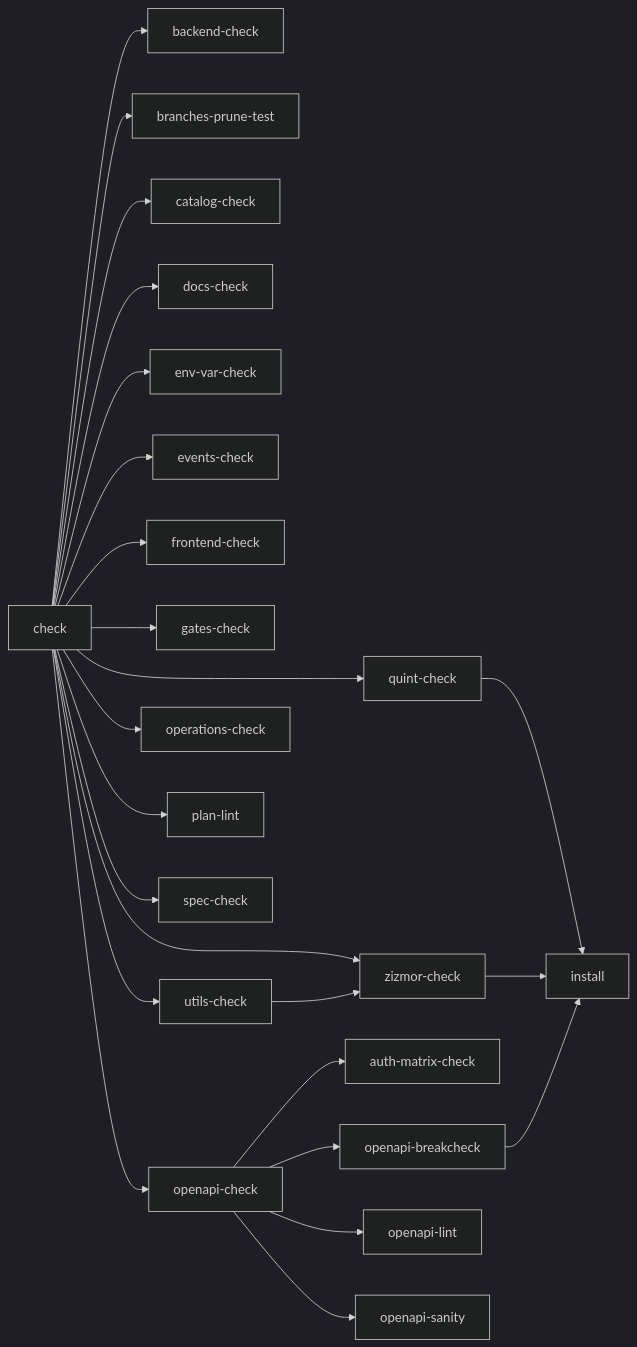
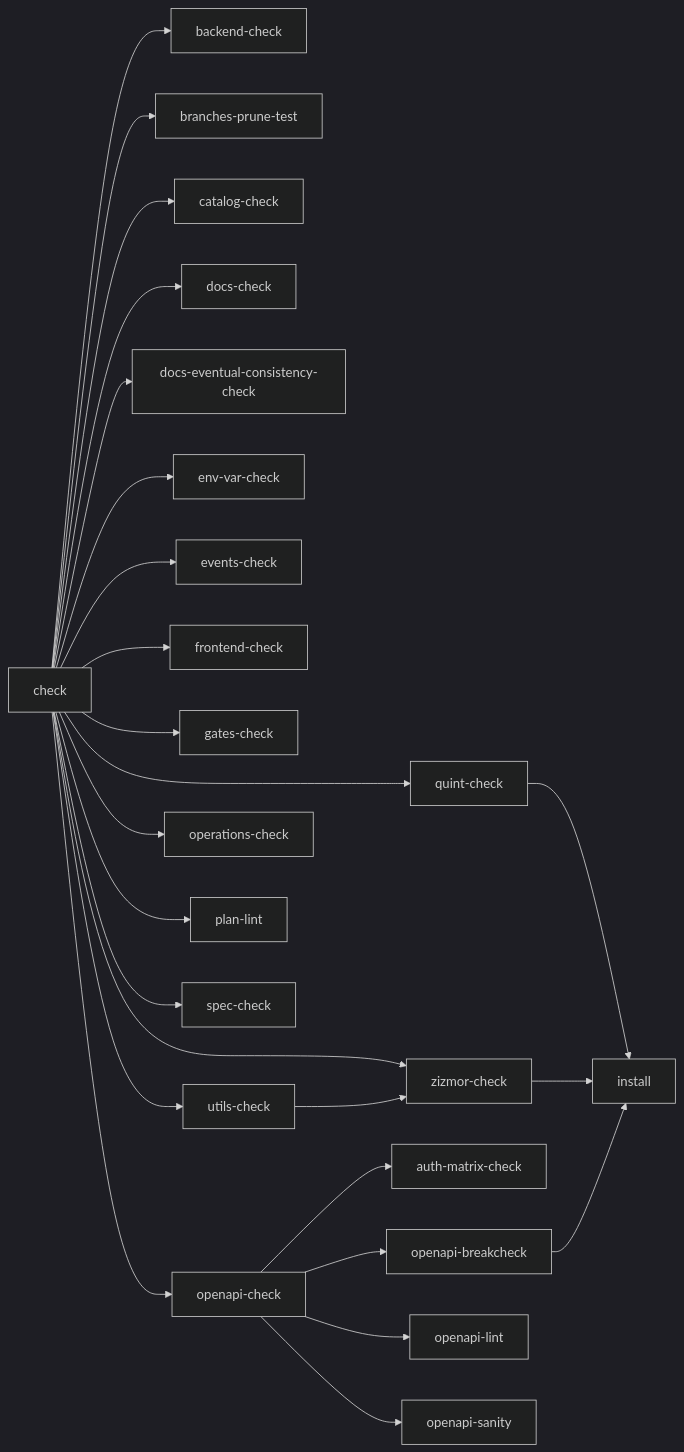
The first of 9 diagrams in docs/quality-gates.md (codesam88/picasu), drawn with Mermaid (dark theme) before and after one commit. The commit also changed other lines of this file and 10 other files, not shown here.

````diff
--- a/docs/quality-gates.md
+++ b/docs/quality-gates.md
@@ -9,26 +9,27 @@
 ```mermaid
 graph LR
   check --> backend-check
   check --> branches-prune-test
   check --> catalog-check
   check --> docs-check
+  check --> docs-eventual-consistency-check
   check --> env-var-check
   check --> events-check
   check --> frontend-check
   check --> gates-check
   check --> openapi-check
   check --> operations-check
   check --> plan-lint
   check --> quint-check
   check --> spec-check
   check --> utils-check
   check --> zizmor-check
   openapi-check --> auth-matrix-check
   openapi-check --> openapi-breakcheck
   openapi-check --> openapi-lint
   openapi-check --> openapi-sanity
   quint-check --> install
   utils-check --> zizmor-check
   zizmor-check --> install
   openapi-breakcheck --> install
 ```
````
